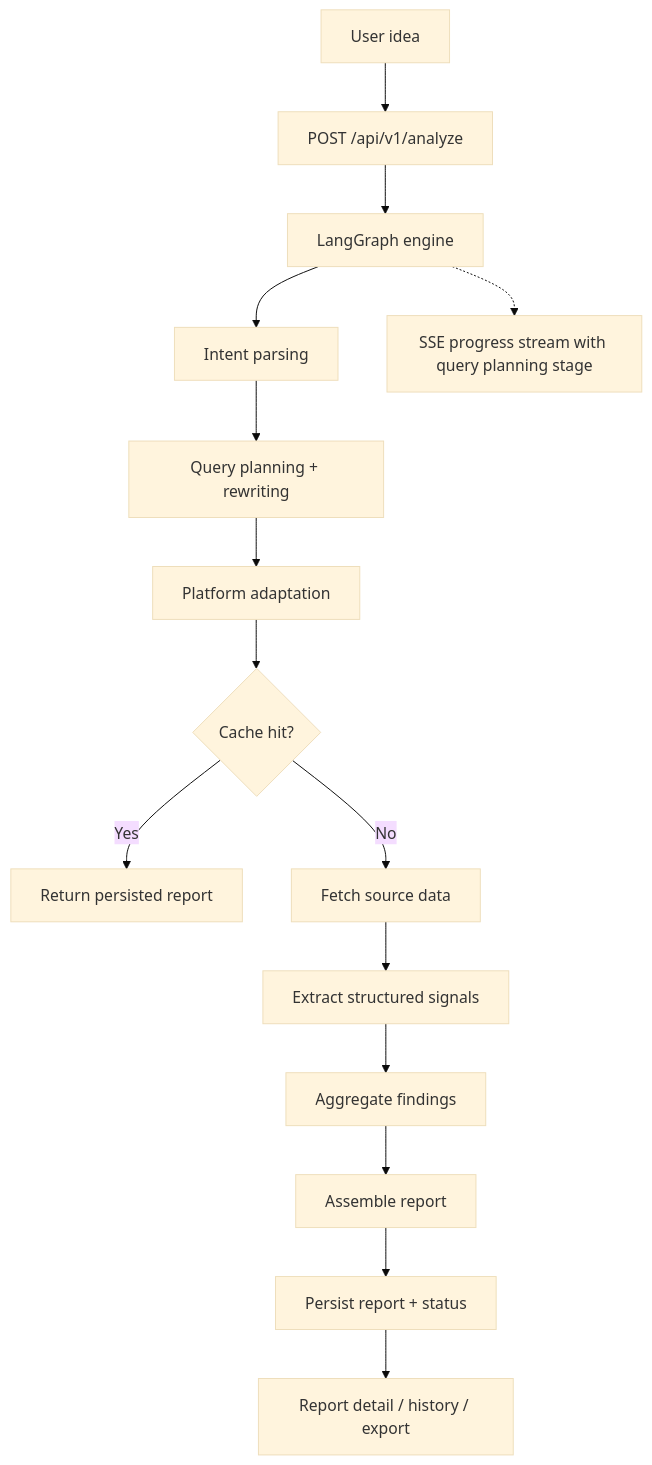
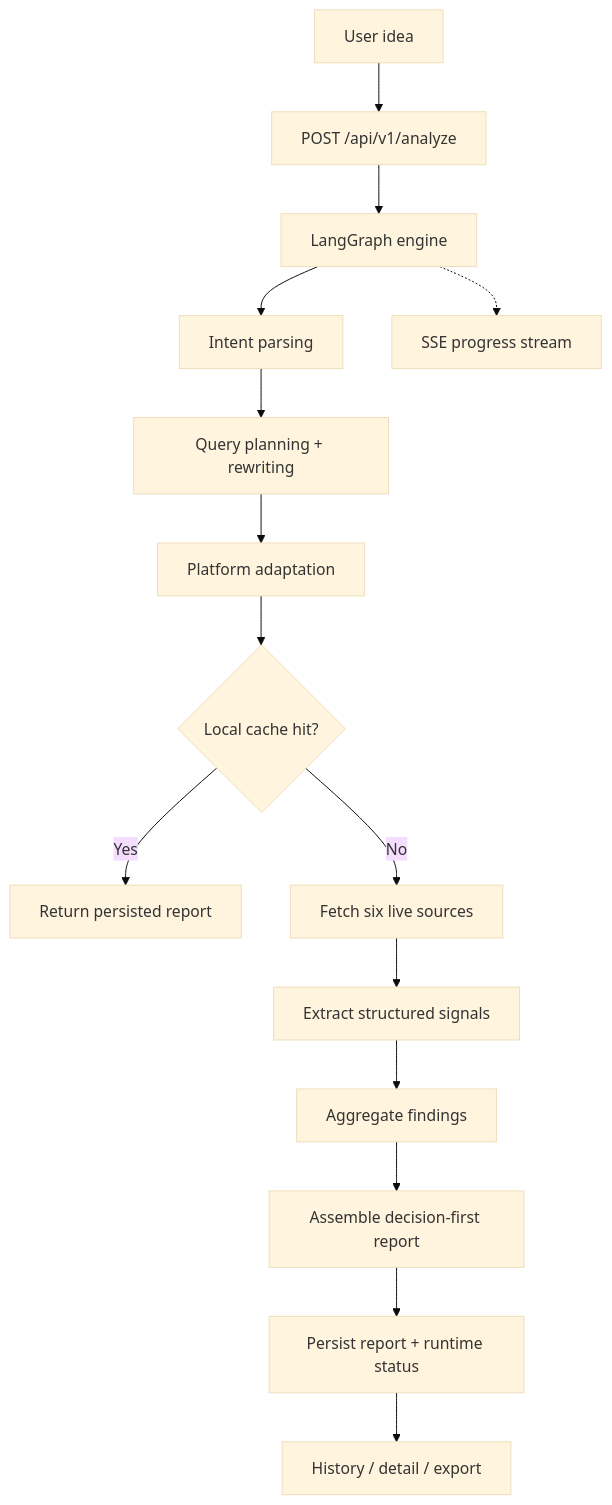
One commit to Tendo33/IdeaGo changed the diagram in README.md. Above: the diagram before and after it, drawn with Mermaid (base theme). The commit also changed other lines of this file and 9 other files, not shown here.

````diff
--- a/README.md
+++ b/README.md
@@ -175,17 +197,17 @@
 ```mermaid
 flowchart TD
     A["User idea"] --> B["POST /api/v1/analyze"]
     B --> C["LangGraph engine"]
     C --> D["Intent parsing"]
     D --> E["Query planning + rewriting"]
     E --> F["Platform adaptation"]
-    F --> G{"Cache hit?"}
+    F --> G{"Local cache hit?"}
     G -->|Yes| H["Return persisted report"]
-    G -->|No| I["Fetch source data"]
+    G -->|No| I["Fetch six live sources"]
     I --> J["Extract structured signals"]
     J --> K["Aggregate findings"]
-    K --> L["Assemble report"]
-    L --> M["Persist report + status"]
-    M --> N["Report detail / history / export"]
-    C -.-> O["SSE progress stream with query planning stage"]
+    K --> L["Assemble decision-first report"]
+    L --> M["Persist report + runtime status"]
+    M --> N["History / detail / export"]
+    C -.-> O["SSE progress stream"]
 ```
````
